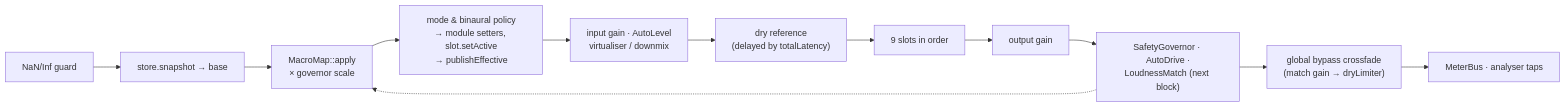
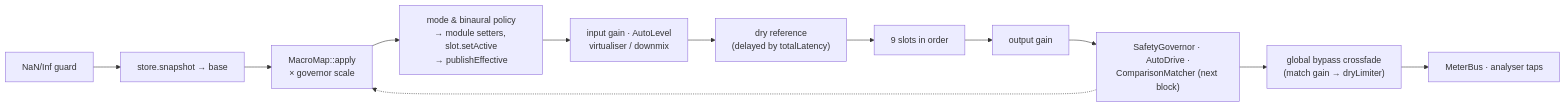
Before and after one commit to flubydooby-creator/Flubsound: the second of 2 diagrams in docs/05-code-skeletons.md, drawn with Mermaid. The commit also changed other lines of this file and 59 other files, not shown here.

````diff
--- a/docs/05-code-skeletons.md
+++ b/docs/05-code-skeletons.md
@@ -853,14 +857,14 @@
 ```mermaid
 flowchart LR
     A["NaN/Inf guard"] --> B["store.snapshot → base"]
     B --> C["MacroMap::apply<br/>× governor scale"]
     C --> D["mode & binaural policy<br/>→ module setters, slot.setActive<br/>→ publishEffective"]
     D --> E["input gain · AutoLevel<br/>virtualiser / downmix"]
     E --> F["dry reference<br/>(delayed by totalLatency)"]
     F --> G["9 slots in order"]
     G --> H["output gain"]
-    H --> I["SafetyGovernor · AutoDrive ·<br/>LoudnessMatch (next block)"]
+    H --> I["SafetyGovernor · AutoDrive ·<br/>ComparisonMatcher (next block)"]
     I --> J["global bypass crossfade<br/>(match gain → dryLimiter)"]
     J --> K["MeterBus · analyser taps"]
     I -.-> C
 ```
````
